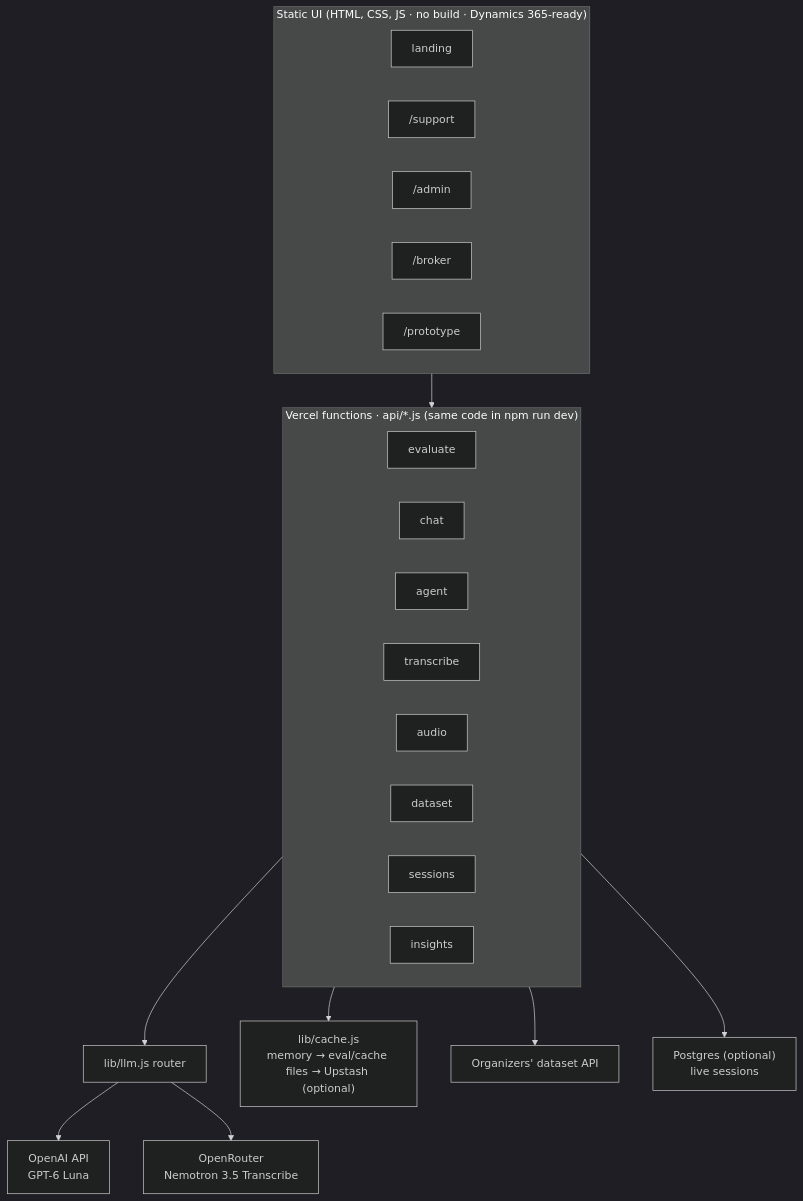
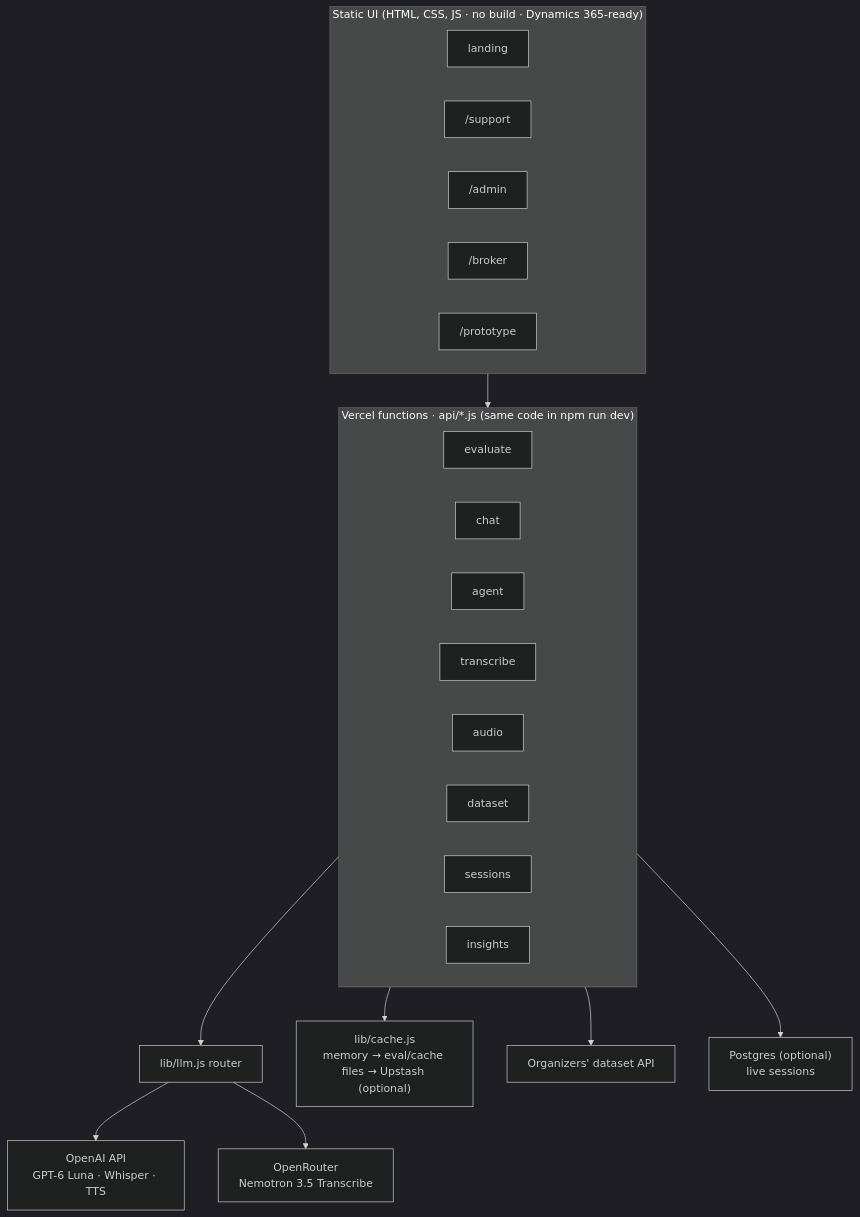
The second of 2 diagrams in README.md (tairqaldy/doomdatathon-yatebyamognu), drawn with Mermaid (dark theme) before and after one commit. The commit also changed other lines of this file and 4 other files, not shown here.

````diff
--- a/README.md
+++ b/README.md
@@ -97,16 +109,16 @@
 ```mermaid
 flowchart TB
     subgraph UI["Static UI (HTML, CSS, JS · no build · Dynamics 365-ready)"]
         L["landing"]; S["/support"]; AD["/admin"]; BR["/broker"]; P["/prototype"]
     end
     subgraph API["Vercel functions · api/*.js (same code in npm run dev)"]
         EV["evaluate"]; CH["chat"]; AG["agent"]; TR["transcribe"]; AU["audio"]; DS["dataset"]; SE["sessions"]; IN["insights"]
     end
     UI --> API
     API --> LLM["lib/llm.js router"]
-    LLM --> OAI["OpenAI API<br/>GPT-6 Luna"]
+    LLM --> OAI["OpenAI API<br/>GPT-6 Luna · Whisper · TTS"]
     LLM --> OR["OpenRouter<br/>Nemotron 3.5 Transcribe"]
     API --> CACHE["lib/cache.js<br/>memory → eval/cache files → Upstash (optional)"]
     API --> ORG["Organizers' dataset API"]
     API --> PG["Postgres (optional)<br/>live sessions"]
 ```
````
